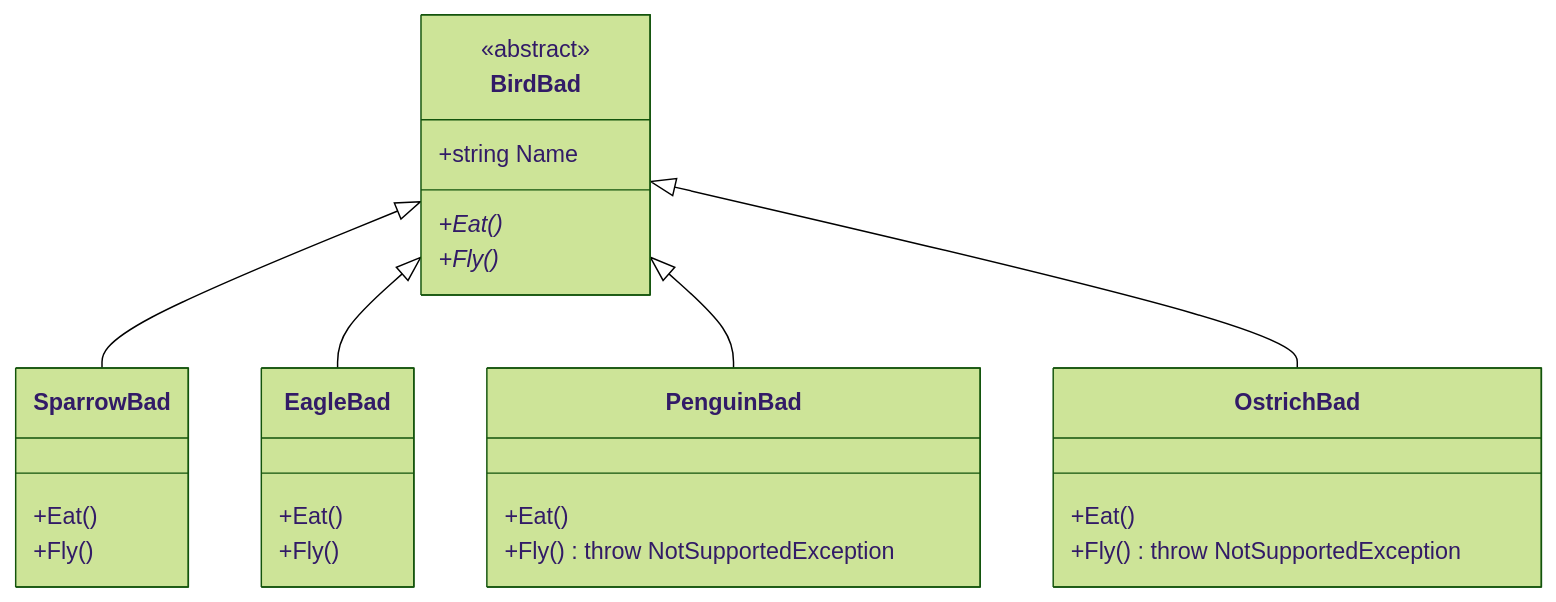
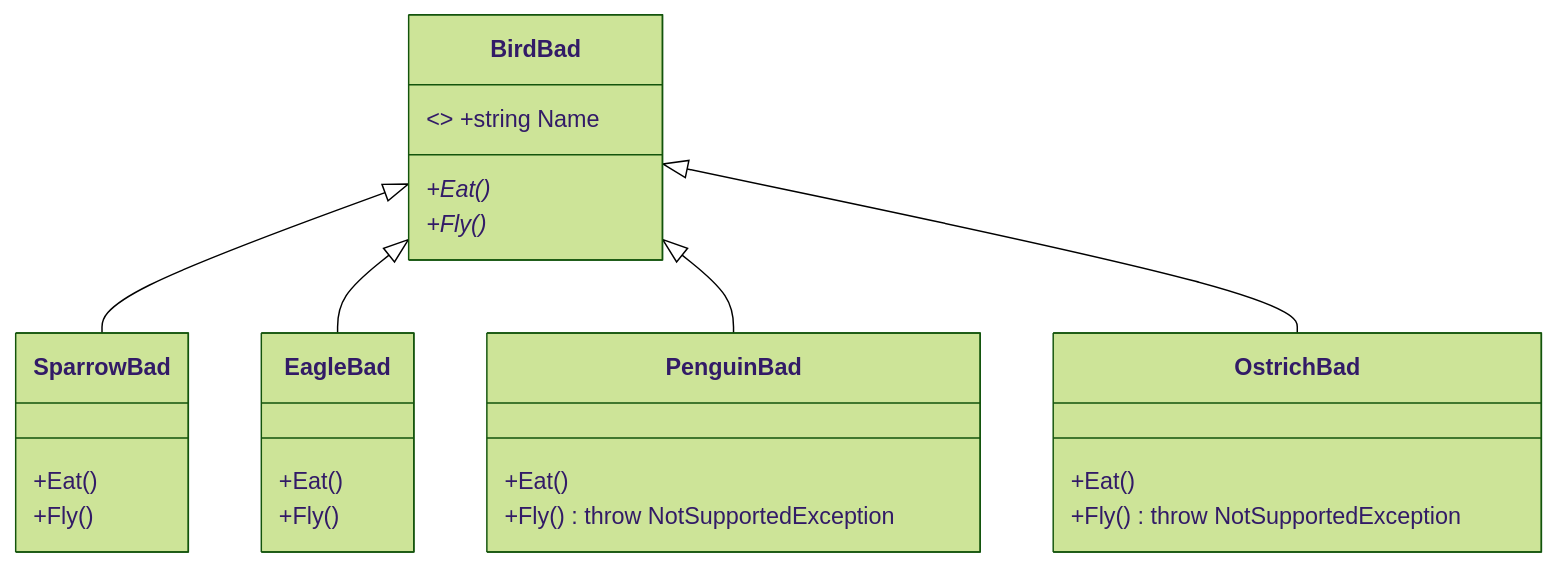
Before and after one commit to MrTomkaYurii/CSharp-OOP-Mastery: the second of 4 diagrams in 08-Architecture-And-Patterns/01-SOLID-Principles/OOP - SOLID/L/README.md, drawn with Mermaid (forest theme). The commit also changed other lines of this file and 246 other files, not shown here.

Commit message:
feat(architecture): restructure 08 around SOLID, Generic Host (Config & Logging), DI, AutoMapper, Spectre.Console and 3-tier EF Core app

````diff
--- a/08-Architecture-And-Patterns/01-SOLID-Principles/OOP - SOLID/L/README.md
+++ b/08-Architecture-And-Patterns/01-SOLID-Principles/OOP - SOLID/L/README.md
@@ -123,34 +123,33 @@
 ```mermaid
 classDiagram
     class BirdBad {
-        <<abstract>>
-        +string Name
+        <<abstract>> +string Name
         +Eat()*
         +Fly()*
     }
 
     class SparrowBad {
         +Eat()
         +Fly()
     }
 
     class EagleBad {
         +Eat()
         +Fly()
     }
 
     class PenguinBad {
         +Eat()
         +Fly() throw NotSupportedException
     }
 
     class OstrichBad {
         +Eat()
         +Fly() throw NotSupportedException
     }
 
     BirdBad <|-- SparrowBad
     BirdBad <|-- EagleBad
     BirdBad <|-- PenguinBad
     BirdBad <|-- OstrichBad
 ```
````
